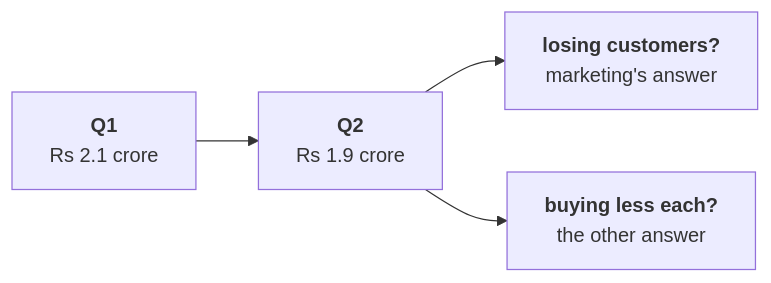
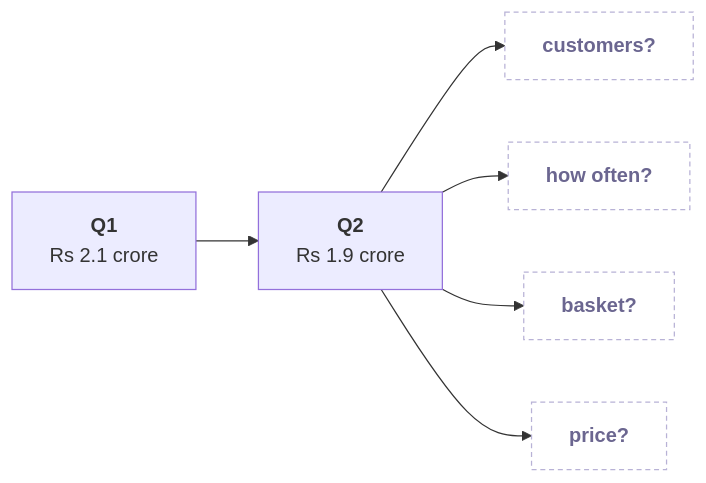
One commit to fde-academy-lab/c2-content-factory changed diagram 11 of 11 in content/W01/D1/slides/C2_W01_D01_half2_STUDENT.md. Above: the diagram before and after it, drawn with Mermaid. The commit also changed other lines of this file and 1 other file, not shown here.

````diff
--- a/content/W01/D1/slides/C2_W01_D01_half2_STUDENT.md
+++ b/content/W01/D1/slides/C2_W01_D01_half2_STUDENT.md
@@ -591,6 +569,10 @@
 ```mermaid
 flowchart LR
     Q1["<b>Q1</b><br/>Rs 2.1 crore"] --> Q2["<b>Q2</b><br/>Rs 1.9 crore"]
-    Q2 --> C["<b>losing customers?</b><br/>marketing's answer"]
-    Q2 --> F["<b>buying less each?</b><br/>the other answer"]
+    Q2 --> C["<b>customers?</b>"]
+    Q2 --> F["<b>how often?</b>"]
+    Q2 --> B["<b>basket?</b>"]
+    Q2 --> P["<b>price?</b>"]
+    classDef unknown fill:#FFFFFF,stroke:#B8B2D6,color:#6B6690,stroke-dasharray:4 3
+    class C,F,B,P unknown
 ```
````
